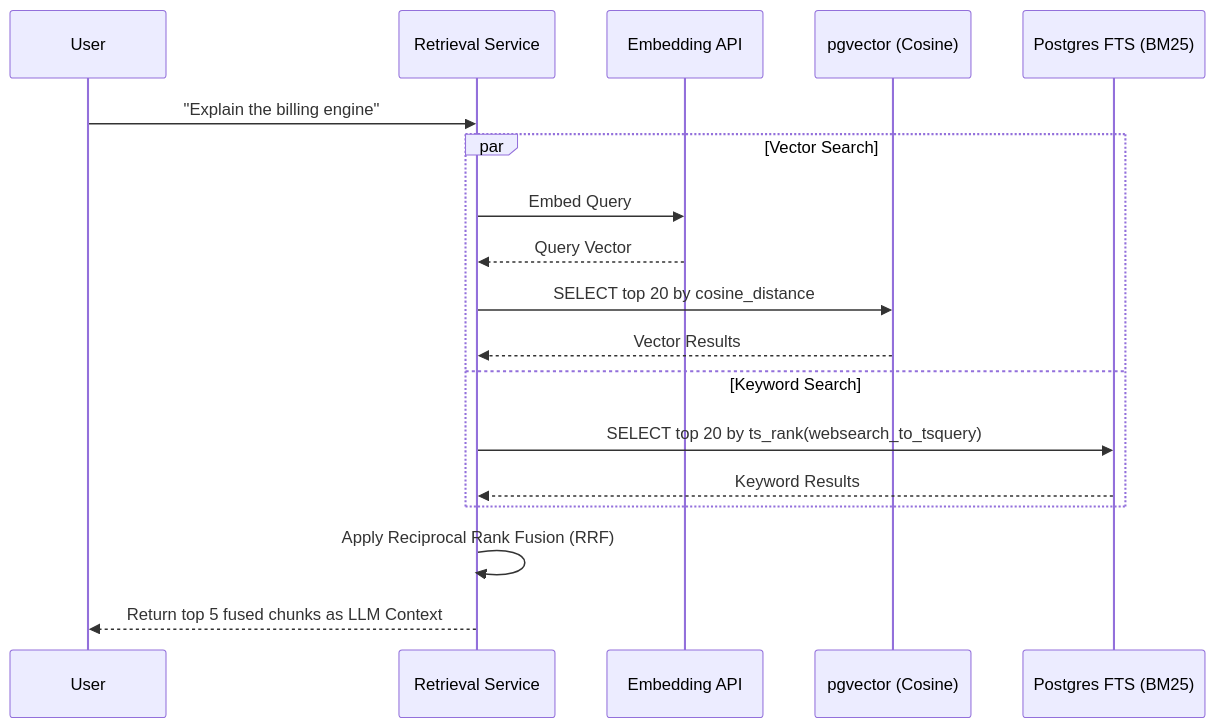
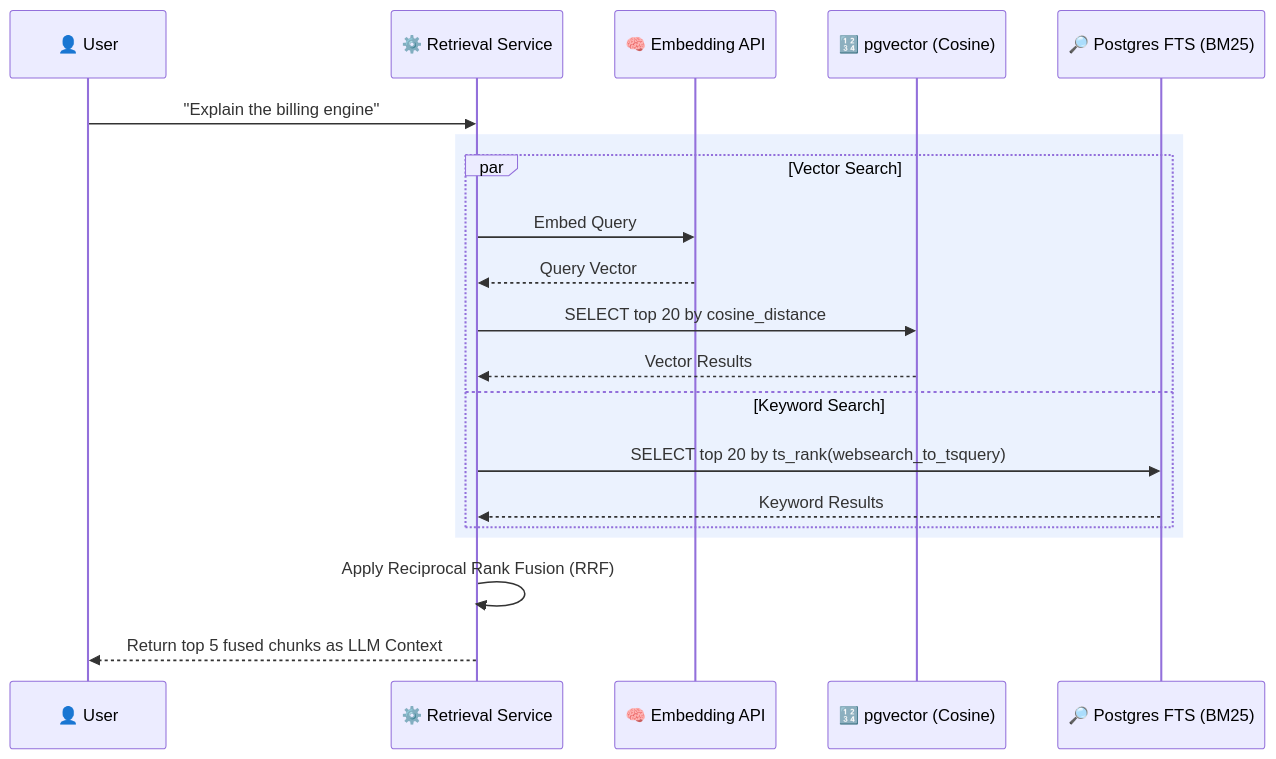
One commit to Ruthvek1/Athenis-ai changed the fourth of 5 diagrams in README.md. Above: the diagram before and after it, drawn with Mermaid. The commit also changed other lines of this file and 1 other file, not shown here.

Commit message:
docs: Enhance Mermaid diagrams with colors and explanatory notes

````diff
--- a/README.md
+++ b/README.md
@@ -195,23 +222,25 @@
 ```mermaid
 sequenceDiagram
-    participant U as User
-    participant R as Retrieval Service
-    participant LLM as Embedding API
-    participant V as pgvector (Cosine)
-    participant F as Postgres FTS (BM25)
+    participant U as 👤 User
+    participant R as ⚙️ Retrieval Service
+    participant LLM as 🧠 Embedding API
+    participant V as 🔢 pgvector (Cosine)
+    participant F as 🔎 Postgres FTS (BM25)
     
     U->>R: "Explain the billing engine"
     
+    rect rgb(59, 130, 246, 0.1)
     par Vector Search
         R->>LLM: Embed Query
         LLM-->>R: Query Vector
         R->>V: SELECT top 20 by cosine_distance
         V-->>R: Vector Results
     and Keyword Search
         R->>F: SELECT top 20 by ts_rank(websearch_to_tsquery)
         F-->>R: Keyword Results
     end
+    end
     
     R->>R: Apply Reciprocal Rank Fusion (RRF)
     R-->>U: Return top 5 fused chunks as LLM Context
 ```
````
